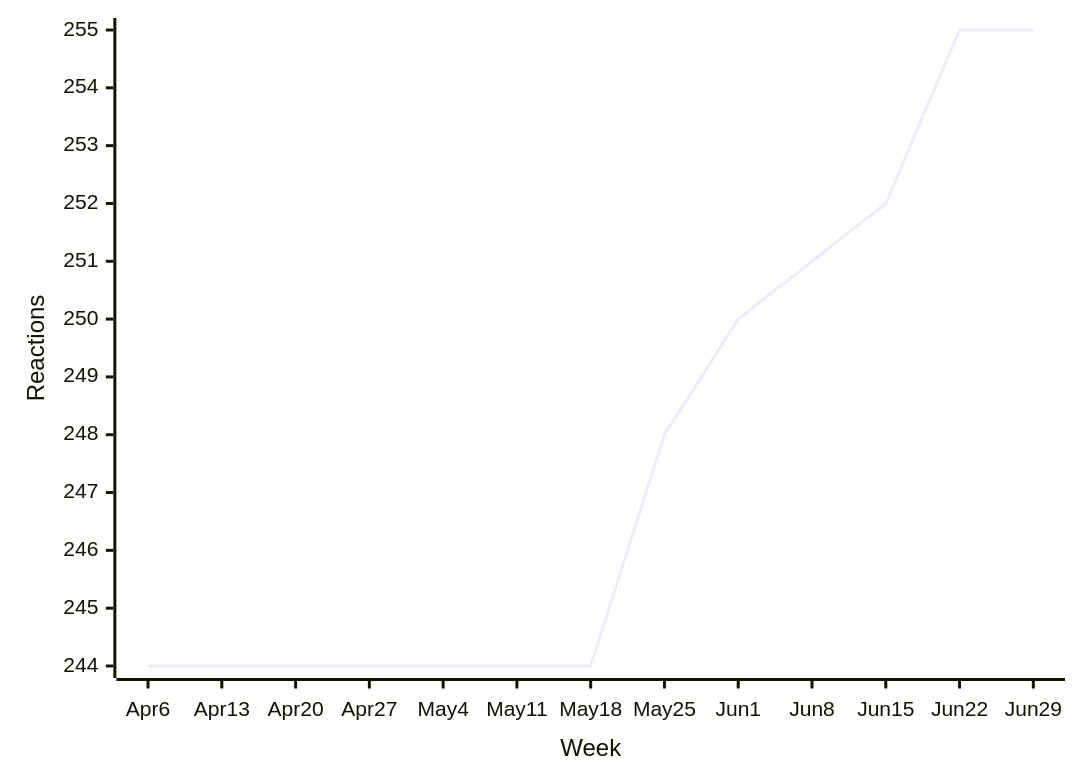
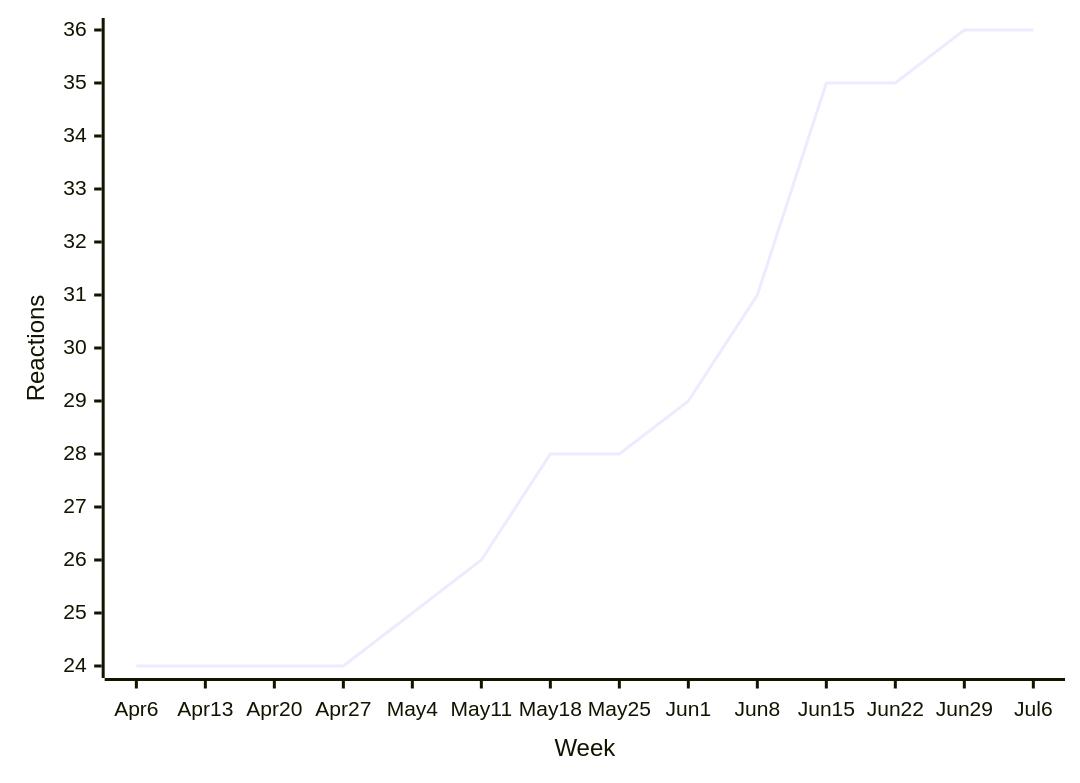
One commit to loic-sharma/github-insights changed diagram 16 of 48 in README.md. Above: the diagram before and after it, drawn with Mermaid. The commit also changed other lines of this file and 3 other files, not shown here.

````diff
--- a/README.md
+++ b/README.md
@@ -594,6 +594,6 @@
   ```mermaid
   xychart-beta
-    x-axis "Week" [Apr 6, Apr 13, Apr 20, Apr 27, May 4, May 11, May 18, May 25, Jun 1, Jun 8, Jun 15, Jun 22, Jun 29]
+    x-axis "Week" [Apr 6, Apr 13, Apr 20, Apr 27, May 4, May 11, May 18, May 25, Jun 1, Jun 8, Jun 15, Jun 22, Jun 29, Jul 6]
     y-axis "Reactions"
-    line [244, 244, 244, 244, 244, 244, 244, 248, 250, 251, 252, 255, 255]
+    line [24, 24, 24, 24, 25, 26, 28, 28, 29, 31, 35, 35, 36, 36]
   ```
````
